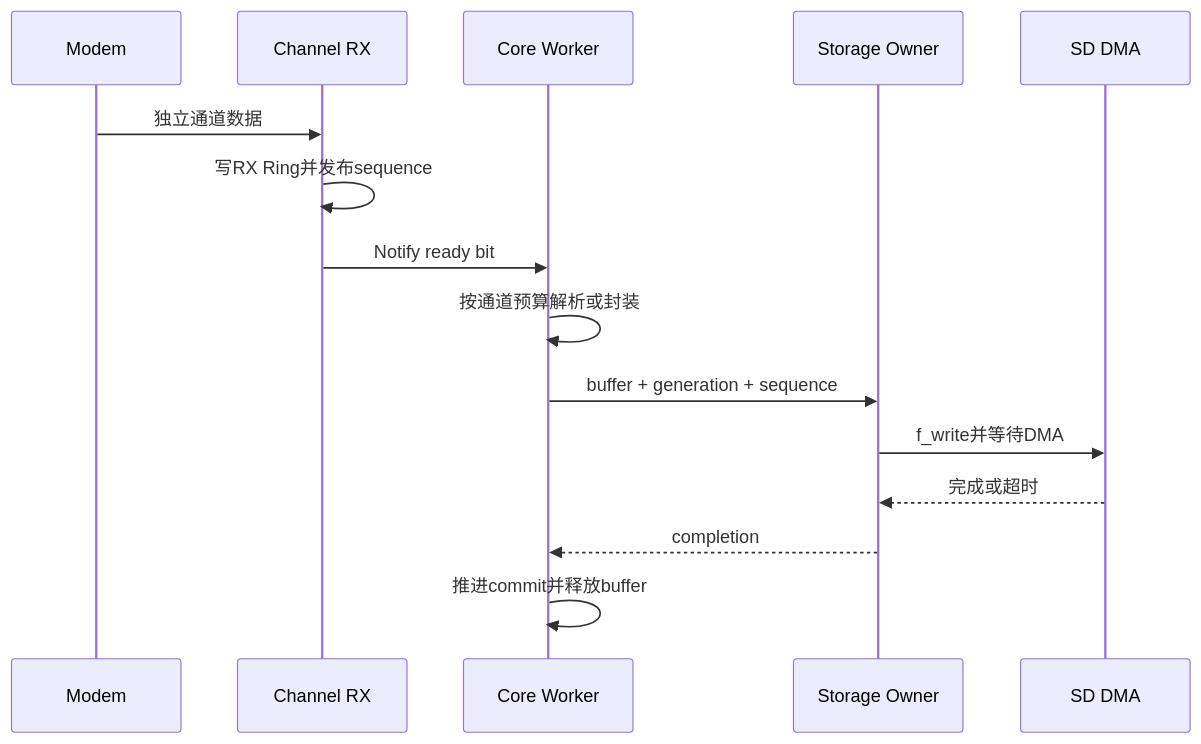
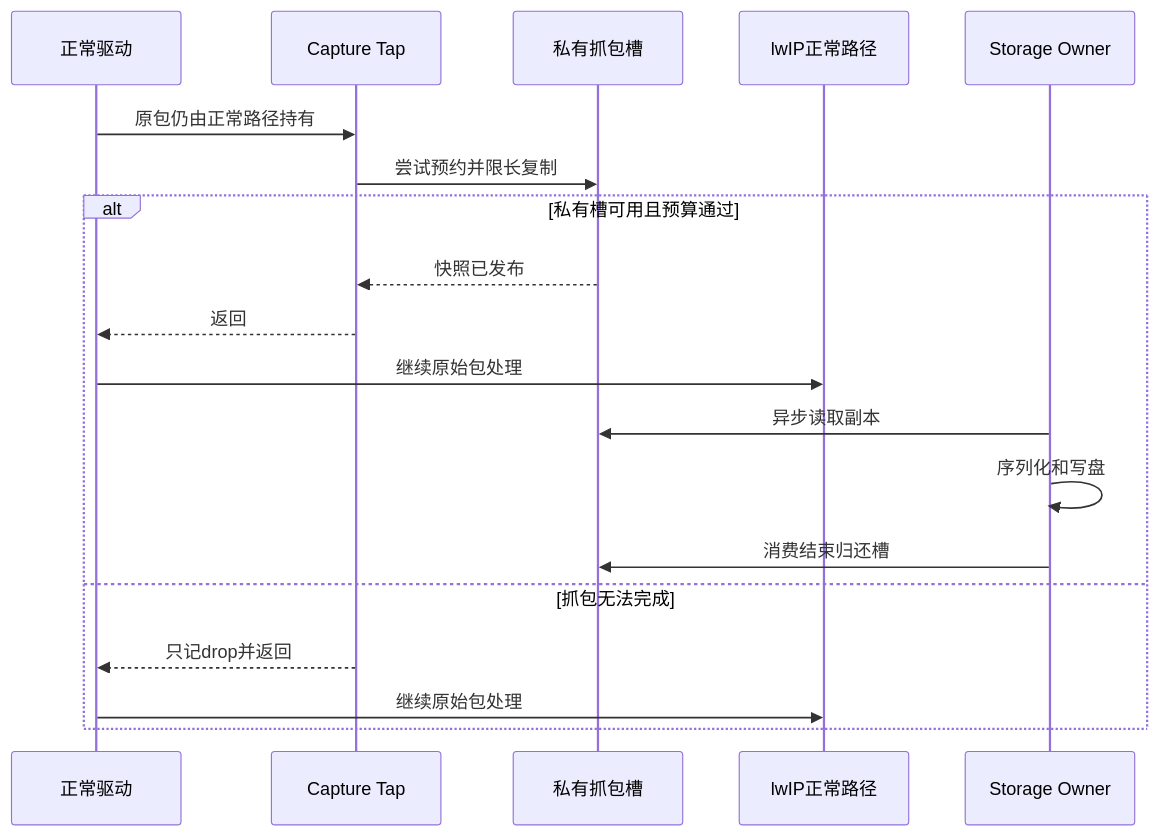
One commit to luckyJimLu/system-design-notes changed the seventh of 12 diagrams in modemlog/modem-complete-mermaid-flows.md. Above: the diagram before and after it, drawn with Mermaid. The commit also changed other lines of this file and 7 other files, not shown here.

Commit message:
docs(modemlog): unify isolated capture, dual sockets and C++ architecture

````diff
--- a/modemlog/modem-complete-mermaid-flows.md
+++ b/modemlog/modem-complete-mermaid-flows.md
@@ -79,17 +105,21 @@
 ```mermaid
 sequenceDiagram
-    participant Modem
-    participant RX as Channel RX
-    participant Core as Core Worker
-    participant Store as Storage Owner
-    participant SD as SD DMA
-    Modem->>RX: 独立通道数据
-    RX->>RX: 写RX Ring并发布sequence
-    RX->>Core: Notify ready bit
-    Core->>Core: 按通道预算解析或封装
-    Core->>Store: buffer + generation + sequence
-    Store->>SD: f_write并等待DMA
-    SD-->>Store: 完成或超时
-    Store-->>Core: completion
-    Core->>Core: 推进commit并释放buffer
+    participant driver as 正常驱动
+    participant tap as Capture Tap
+    participant pool as 私有抓包槽
+    participant network as lwIP正常路径
+    participant storage as Storage Owner
+    driver->>tap: 原包仍由正常路径持有
+    tap->>pool: 尝试预约并限长复制
+    alt 私有槽可用且预算通过
+        pool-->>tap: 快照已发布
+        tap-->>driver: 返回
+        driver->>network: 继续原始包处理
+        storage->>pool: 异步读取副本
+        storage->>storage: 序列化和写盘
+        storage->>pool: 消费结束归还槽
+    else 抓包无法完成
+        tap-->>driver: 只记drop并返回
+        driver->>network: 继续原始包处理
+    end
 ```
````
